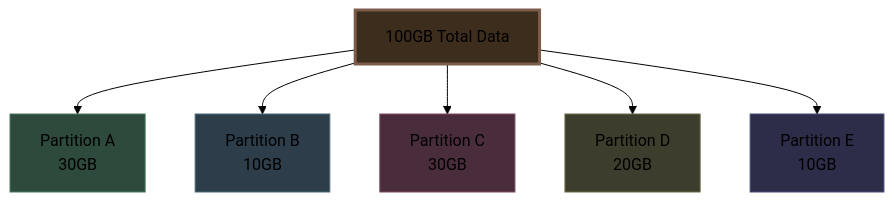
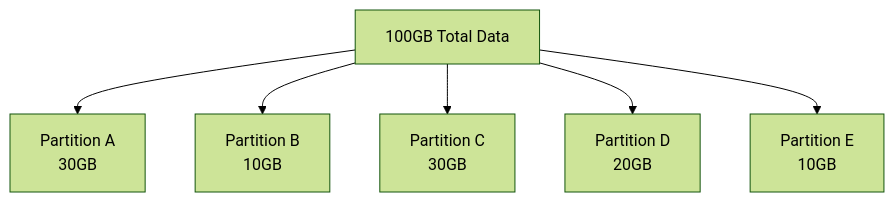
The eighth of 21 diagrams in system design beginner/8. Sharding and Partitioning.md (Yash-Kavaiya/The-System-Design-Masterclass), drawn with Mermaid (forest theme) before and after one commit. The commit also changed other lines of this file, not shown here.

````diff
--- a/system design beginner/8. Sharding and Partitioning.md
+++ b/system design beginner/8. Sharding and Partitioning.md
@@ -187,17 +167,11 @@
 ```mermaid
 graph TB
     DATA[100GB Total Data]
     
     DATA --> P1[Partition A<br/>30GB]
     DATA --> P2[Partition B<br/>10GB]
     DATA --> P3[Partition C<br/>30GB]
     DATA --> P4[Partition D<br/>20GB]
     DATA --> P5[Partition E<br/>10GB]
-    
-    style DATA fill:#3d2d1c,stroke:#7c5d4a,stroke-width:3px
-    style P1 fill:#2d4a3c,stroke:#4a7c5c
-    style P2 fill:#2d3d4a,stroke:#4a6d7c
-    style P3 fill:#4a2d3c,stroke:#7c4a5c
-    style P4 fill:#3d3d2d,stroke:#6d6d4a
-    style P5 fill:#2d2d4a,stroke:#4a4a7c
+
 ```
````
